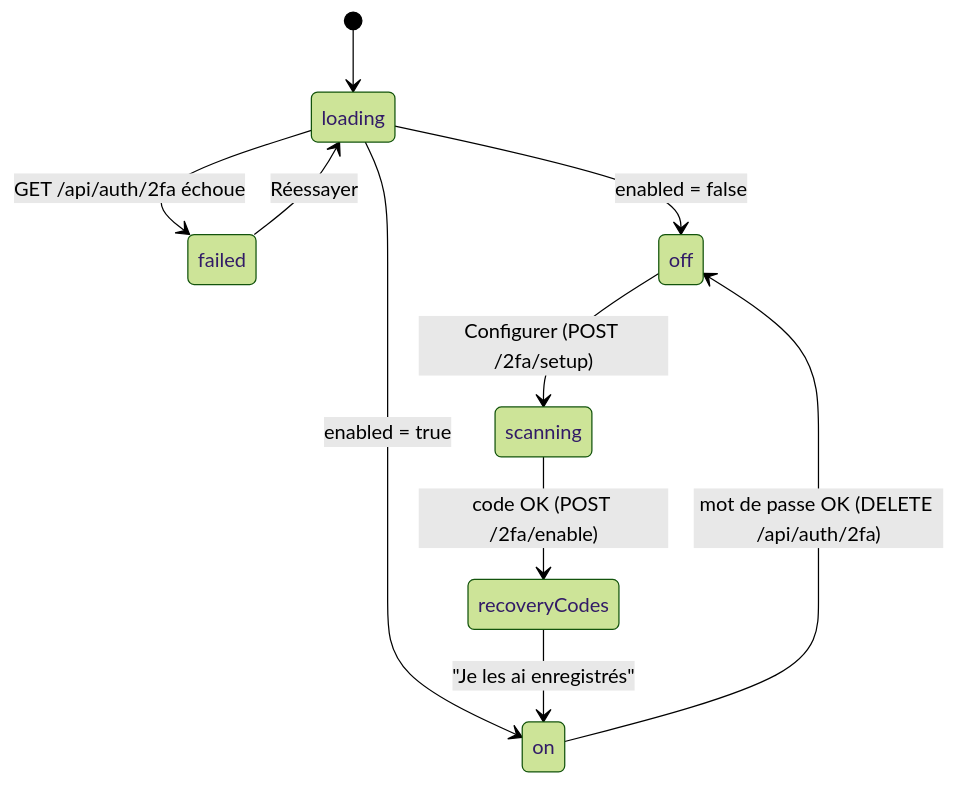
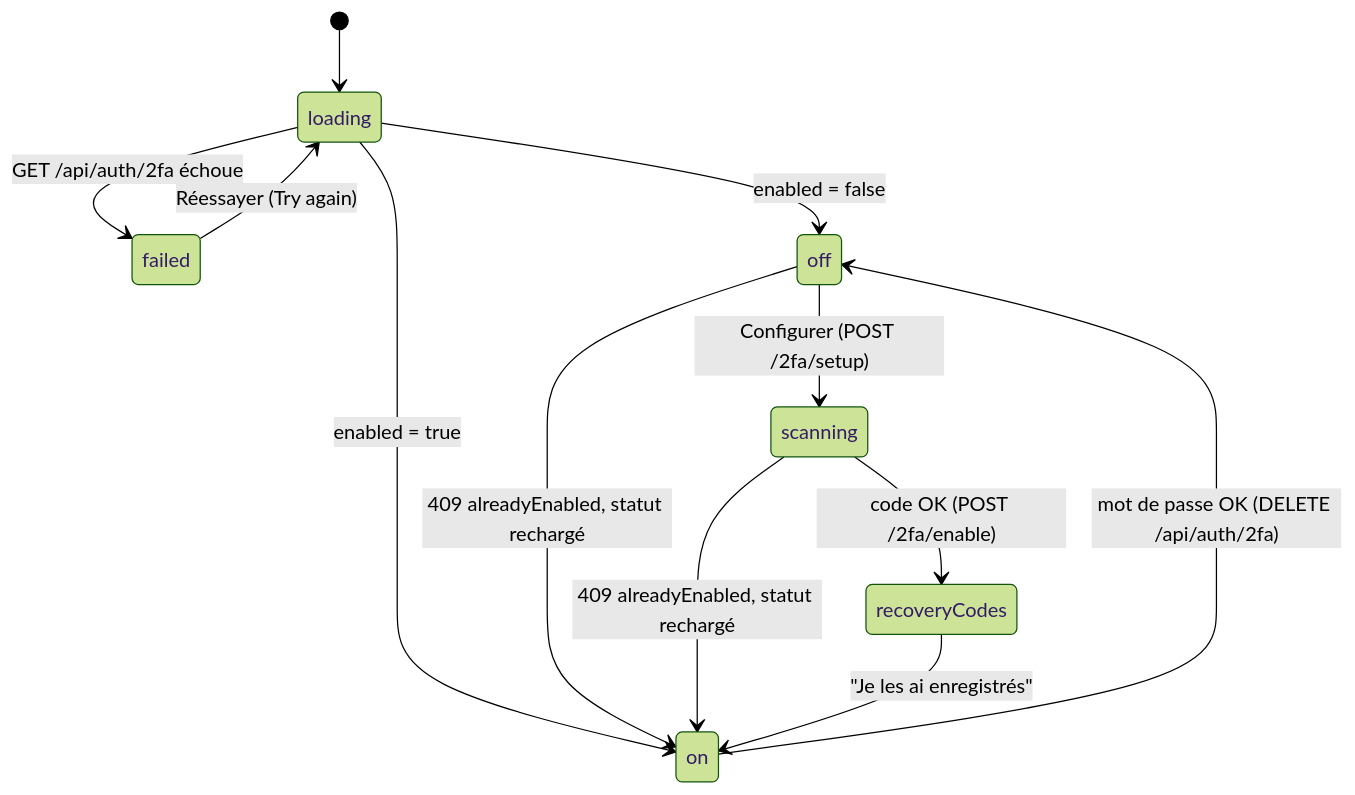
Before and after one commit to VictorBro/ft_transcendence: the fourth of 5 diagrams in docs-fr/web/05-account-pages.md, drawn with Mermaid (forest theme). The commit also changed other lines of this file and 31 other files, not shown here.

````diff
--- a/docs-fr/web/05-account-pages.md
+++ b/docs-fr/web/05-account-pages.md
@@ -804,12 +806,14 @@
 ```mermaid
 stateDiagram-v2
   [*] --> loading
   loading --> failed: GET /api/auth/2fa échoue
-  failed --> loading: Réessayer
+  failed --> loading: Réessayer (Try again)
   loading --> off: enabled = false
   loading --> on: enabled = true
   off --> scanning: Configurer (POST /2fa/setup)
+  off --> on: 409 alreadyEnabled, statut rechargé
   scanning --> recoveryCodes: code OK (POST /2fa/enable)
+  scanning --> on: 409 alreadyEnabled, statut rechargé
   recoveryCodes --> on: "Je les ai enregistrés"
   on --> off: mot de passe OK (DELETE /api/auth/2fa)
 ```
````
